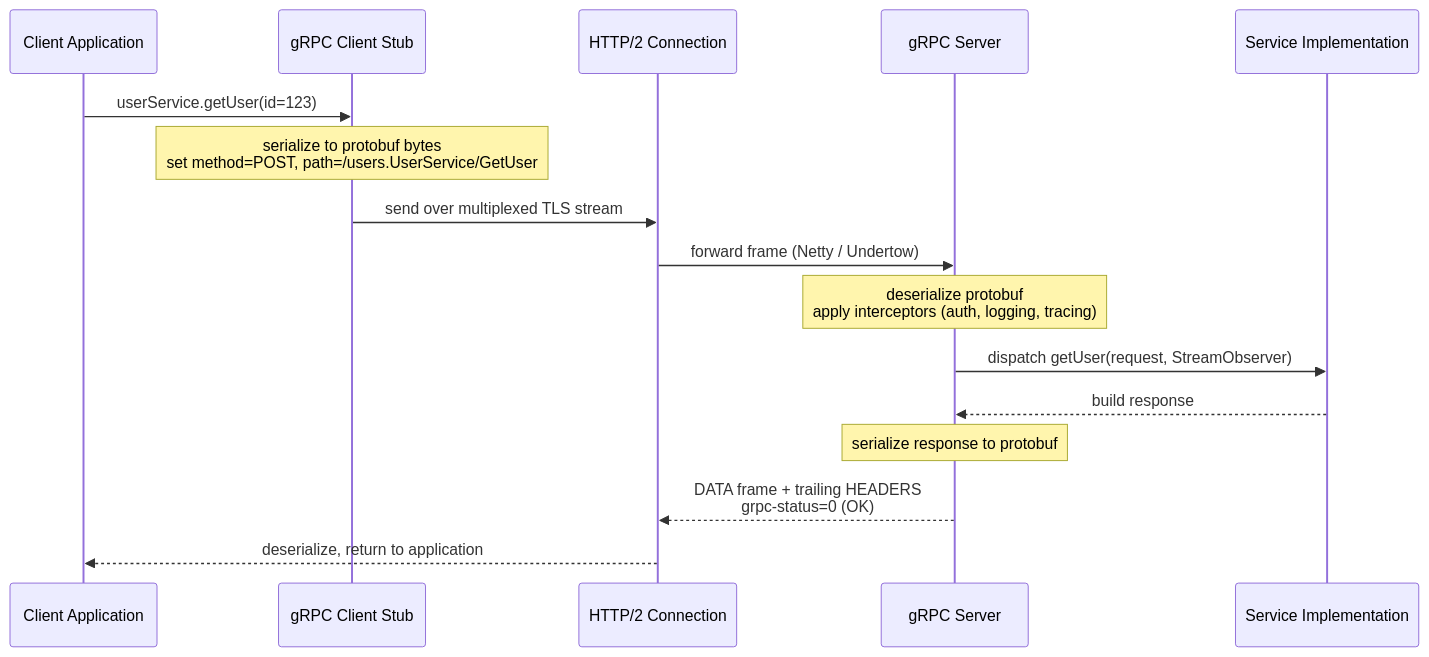
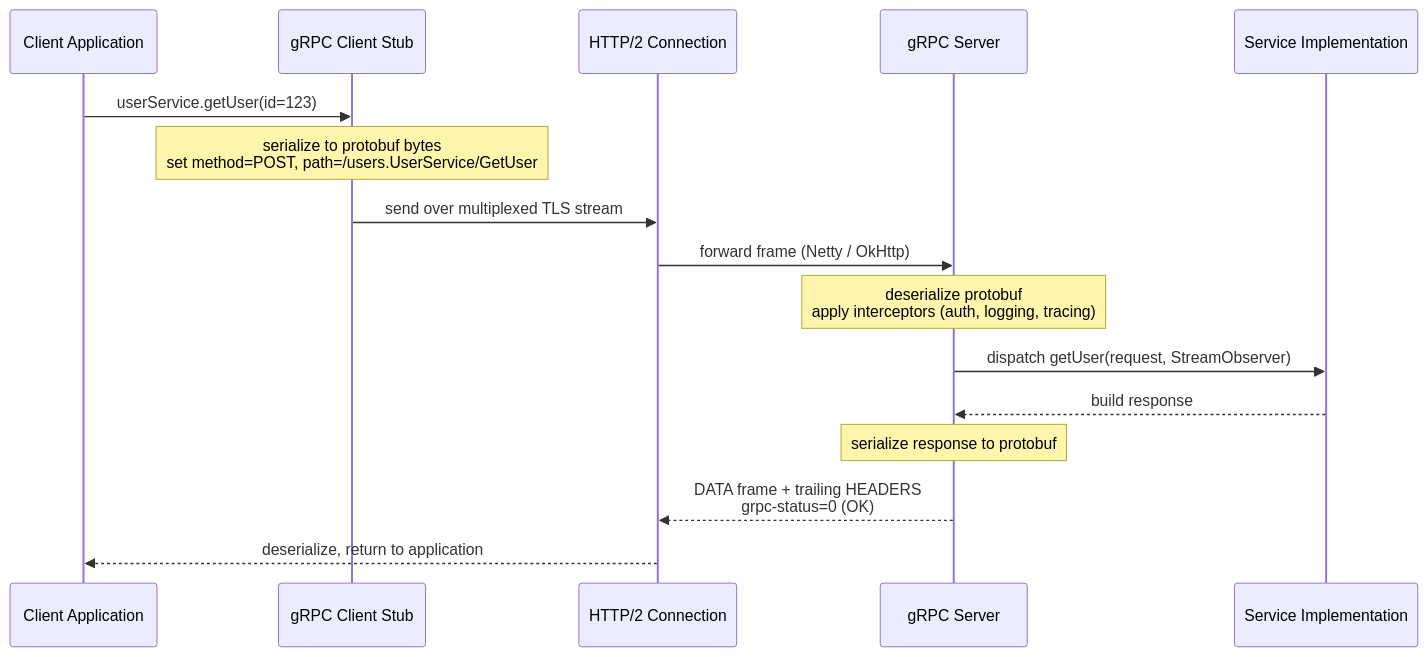
The first of 4 diagrams in src/main/java/com/rutik/systemdesign/backend/grpc_and_protobuf/README.md (rppol/system-design), drawn with Mermaid before and after one commit. The commit also changed other lines of this file and 9 other files, not shown here.

````diff
--- a/src/main/java/com/rutik/systemdesign/backend/grpc_and_protobuf/README.md
+++ b/src/main/java/com/rutik/systemdesign/backend/grpc_and_protobuf/README.md
@@ -68,19 +68,19 @@
 ```mermaid
 sequenceDiagram
     participant C as Client Application
     participant S as gRPC Client Stub
     participant H as HTTP/2 Connection
     participant G as gRPC Server
     participant I as Service Implementation
 
     C->>S: userService.getUser(id=123)
     Note over S: serialize to protobuf bytes<br/>set method=POST, path=/users.UserService/GetUser
     S->>H: send over multiplexed TLS stream
-    H->>G: forward frame (Netty / Undertow)
+    H->>G: forward frame (Netty / OkHttp)
     Note over G: deserialize protobuf<br/>apply interceptors (auth, logging, tracing)
     G->>I: dispatch getUser(request, StreamObserver)
     I-->>G: build response
     Note over G: serialize response to protobuf
     G-->>H: DATA frame + trailing HEADERS<br/>grpc-status=0 (OK)
     H-->>C: deserialize, return to application
 ```
````
